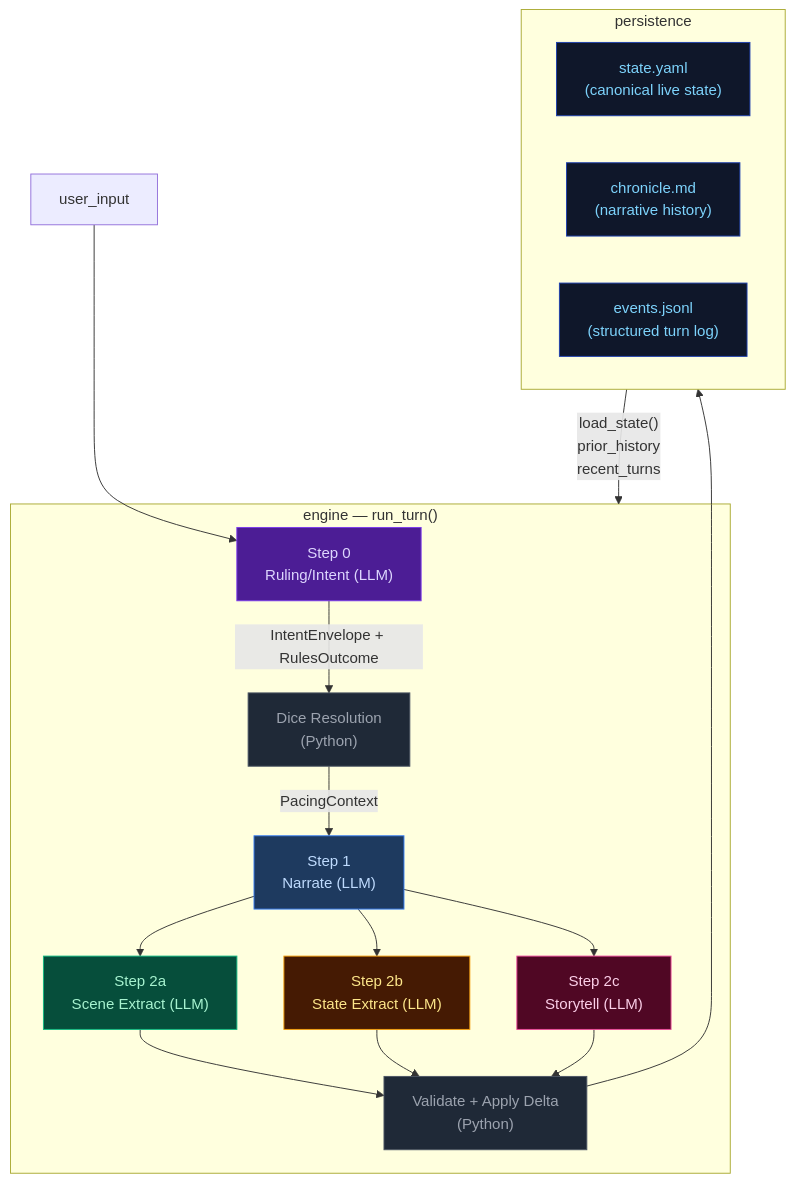
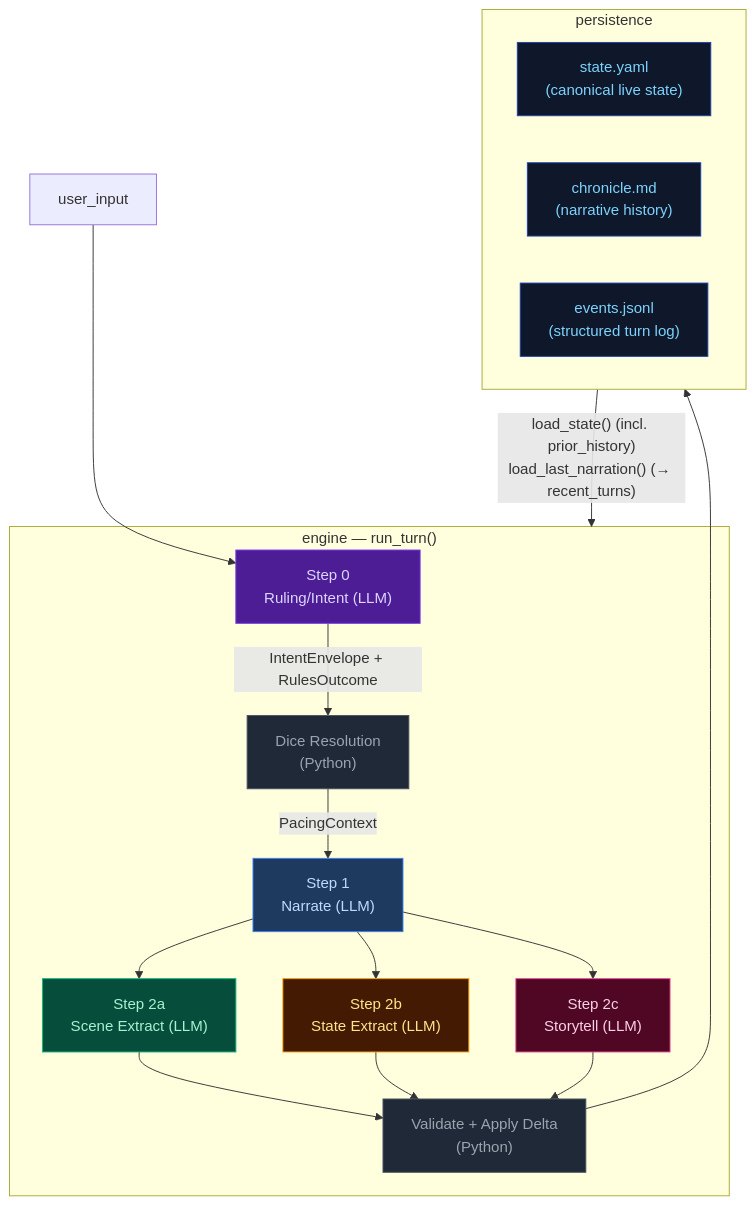
Before and after one commit to pww217/fablethread: the diagram in docs/architecture/OVERVIEW.md, drawn with Mermaid. The commit also changed other lines of this file and 6 other files, not shown here.

First line of the commit message:
docs(architecture): fold concept docs into step docs

````diff
--- a/docs/architecture/OVERVIEW.md
+++ b/docs/architecture/OVERVIEW.md
@@ -10,36 +10,36 @@
 ```mermaid
 flowchart TD
     classDef stageRules    fill:#4c1d95,color:#ddd6fe,stroke:#7c3aed
     classDef stageNarrate  fill:#1e3a5f,color:#bfdbfe,stroke:#3b82f6
     classDef stageScene    fill:#064e3b,color:#a7f3d0,stroke:#10b981
     classDef stageState    fill:#451a03,color:#fde68a,stroke:#f59e0b
     classDef stageProgress fill:#500724,color:#fbcfe8,stroke:#ec4899
     classDef storageNode   fill:#0f172a,color:#7dd3fc,stroke:#1e40af
     classDef pyNode        fill:#1f2937,color:#9ca3af,stroke:#4b5563
 
     USER["user_input"]
 
     subgraph ENGINE["engine — run_turn()"]
         STEP0["Step 0<br>Ruling/Intent (LLM)"]:::stageRules
         DICE["Dice Resolution<br>(Python)"]:::pyNode
         STEP1["Step 1<br>Narrate (LLM)"]:::stageNarrate
         STEP2A["Step 2a<br>Scene Extract (LLM)"]:::stageScene
         STEP2B["Step 2b<br>State Extract (LLM)"]:::stageState
         STEP2C["Step 2c<br>Storytell (LLM)"]:::stageProgress
         VALIDATE["Validate + Apply Delta<br>(Python)"]:::pyNode
     end
 
     subgraph PERSISTENCE["persistence"]
         STATE["state.yaml<br>(canonical live state)"]:::storageNode
         CHRONICLE["chronicle.md<br>(narrative history)"]:::storageNode
         EVENTS["events.jsonl<br>(structured turn log)"]:::storageNode
     end
 
     USER --> STEP0
     STEP0 -- "IntentEnvelope + RulesOutcome" --> DICE
     DICE -- "PacingContext" --> STEP1
     STEP1 --> STEP2A & STEP2B & STEP2C
     STEP2A & STEP2B & STEP2C --> VALIDATE
     VALIDATE --> PERSISTENCE
-    PERSISTENCE -- "load_state()<br>prior_history<br>recent_turns" --> ENGINE
+    PERSISTENCE -- "load_state() (incl. prior_history)<br>load_last_narration() (→ recent_turns)" --> ENGINE
 ```
````
